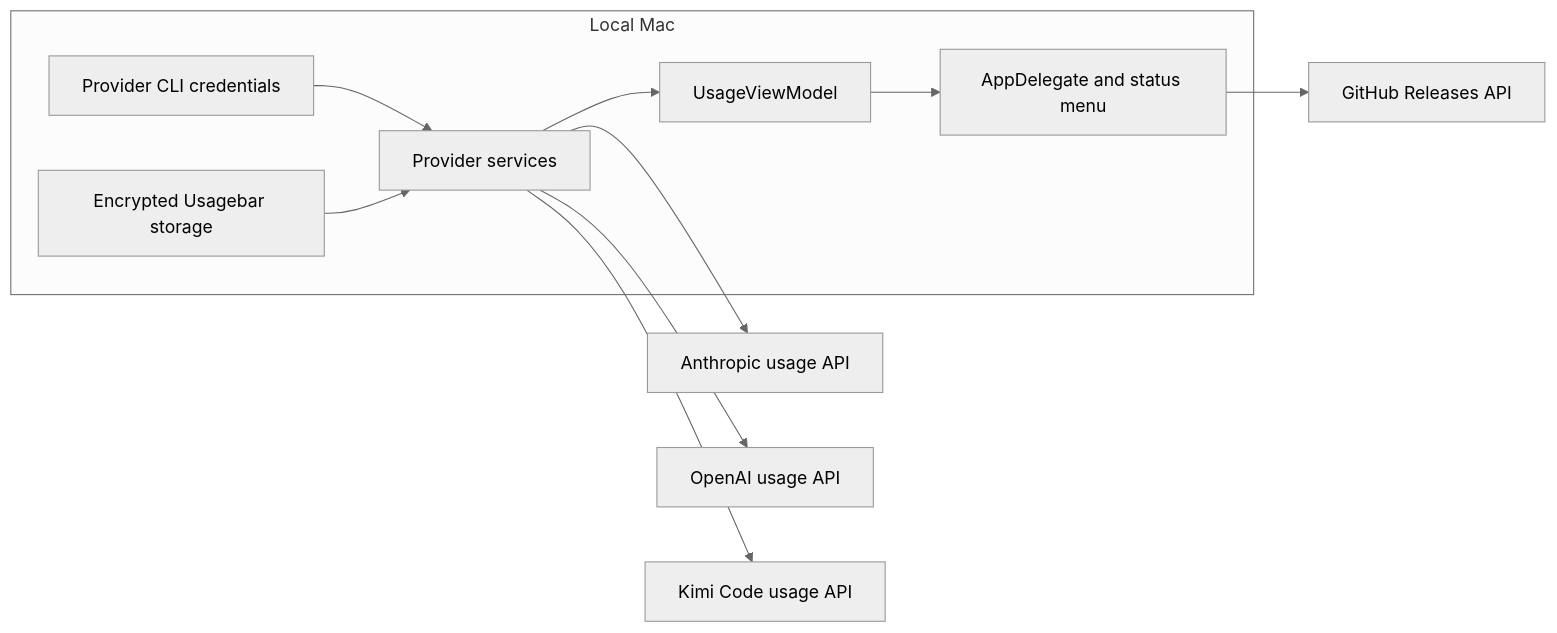
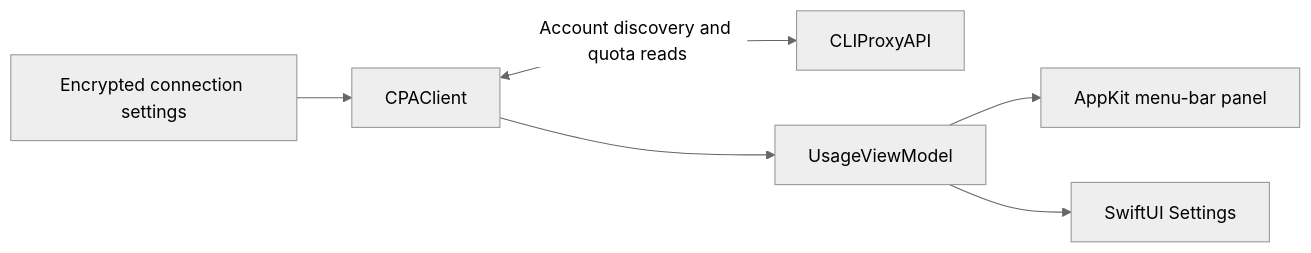
One commit to allgemeiner-intellekt/Usagebar changed the diagram in docs/ARCHITECTURE.md. Above: the diagram before and after it, drawn with Mermaid (neutral theme). The commit also changed other lines of this file and 30 other files, not shown here.

Commit message:
Make Usagebar a read-only CLIProxyAPI client

````diff
--- a/docs/ARCHITECTURE.md
+++ b/docs/ARCHITECTURE.md
@@ -5,18 +5,8 @@
 ```mermaid
 flowchart LR
-    subgraph Local["Local Mac"]
-        CLI["Provider CLI credentials"]
-        Store["Encrypted Usagebar storage"]
-        Services["Provider services"]
-        VM["UsageViewModel"]
-        UI["AppDelegate and status menu"]
-        CLI --> Services
-        Store --> Services
-        Services --> VM
-        VM --> UI
-    end
-    Services --> Claude["Anthropic usage API"]
-    Services --> Codex["OpenAI usage API"]
-    Services --> Kimi["Kimi Code usage API"]
-    UI --> Releases["GitHub Releases API"]
+    Store["Encrypted connection settings"] --> Client["CPAClient"]
+    Client <-->|"Account discovery and quota reads"| CPA["CLIProxyAPI"]
+    Client --> VM["UsageViewModel"]
+    VM --> Panel["AppKit menu-bar panel"]
+    VM --> Settings["SwiftUI Settings"]
 ```
````
